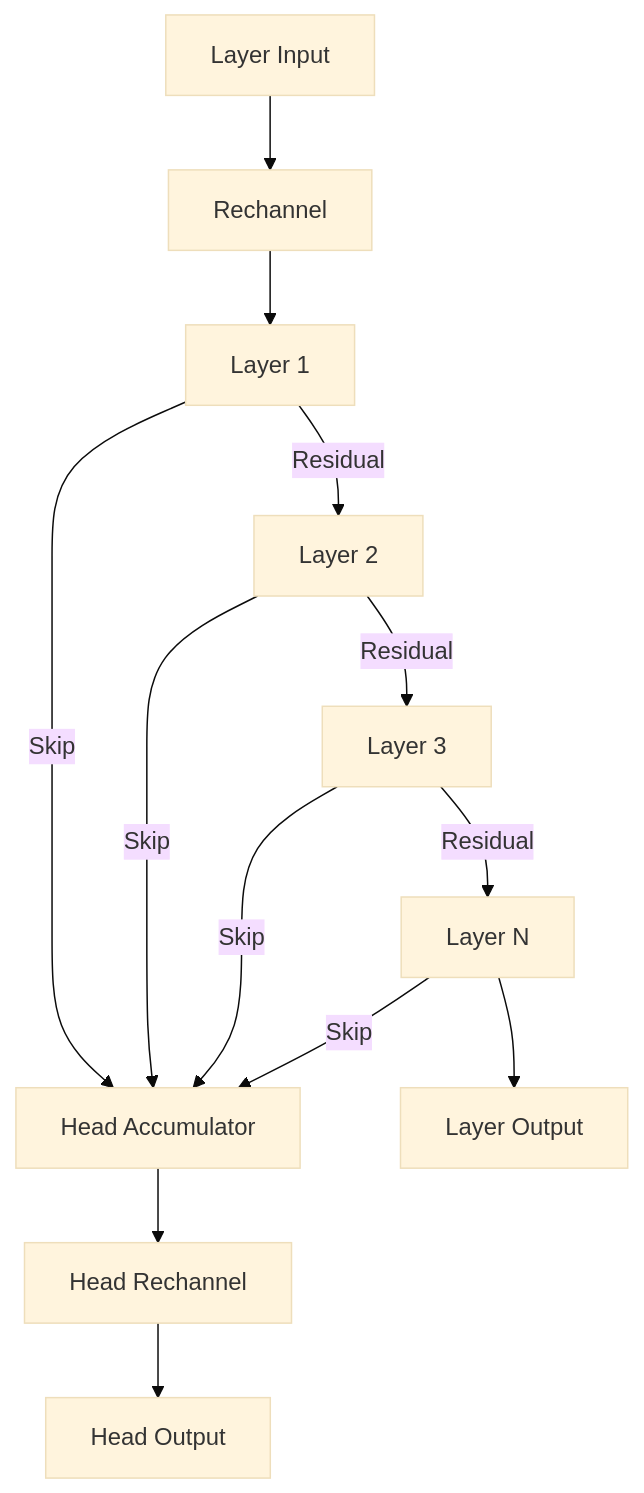
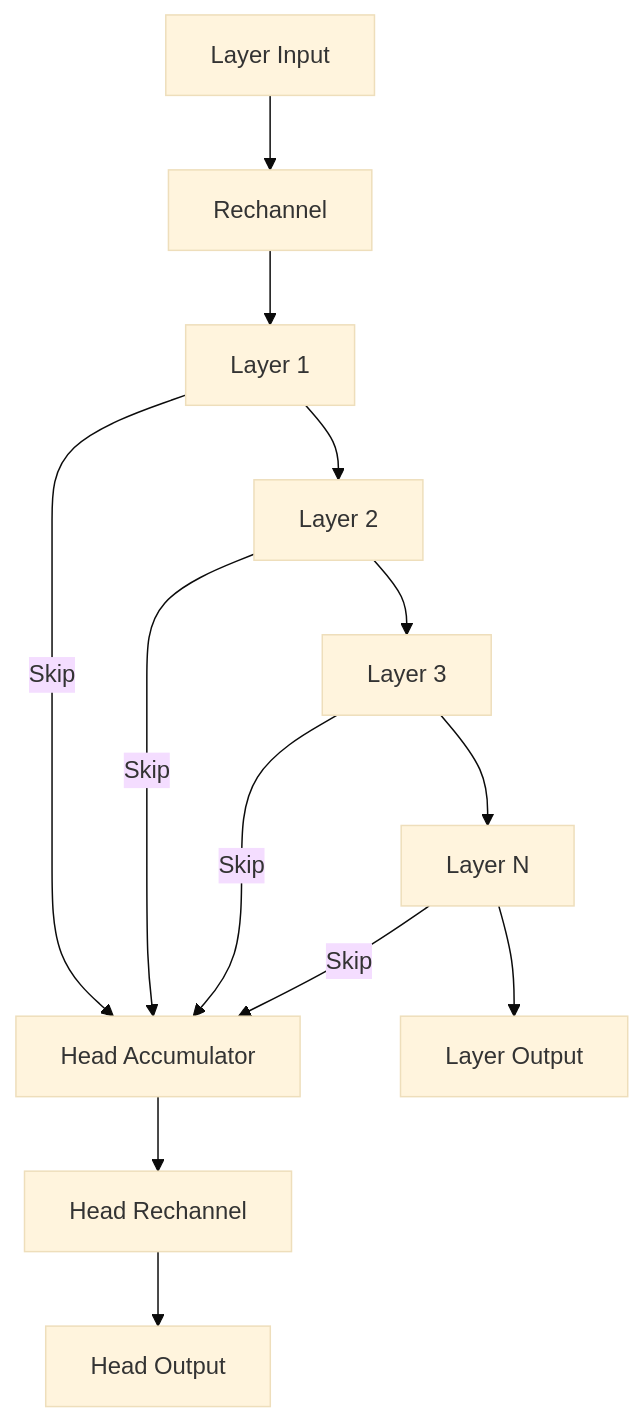
Before and after one commit to sdatkinson/NeuralAmpModelerCore: the third of 4 diagrams in docs/wavenet_walkthrough.rst, drawn with Mermaid (base theme). The commit also changed other lines of this file, not shown here.

```diff
--- a/docs/wavenet_walkthrough.rst
+++ b/docs/wavenet_walkthrough.rst
@@ -307,16 +309,16 @@
 .. mermaid::
    :caption: LayerArray Structure
 
    graph TD
        Input[Layer Input] --> Rechannel[Rechannel]
        Rechannel --> Layer1[Layer 1]
-       Layer1 -->|Residual| Layer2[Layer 2]
-       Layer2 -->|Residual| Layer3[Layer 3]
-       Layer3 -->|Residual| LayerN[Layer N]
+       Layer1 --> Layer2[Layer 2]
+       Layer2 --> Layer3[Layer 3]
+       Layer3 --> LayerN[Layer N]
        Layer1 -->|Skip| HeadAccum[Head Accumulator]
        Layer2 -->|Skip| HeadAccum
        Layer3 -->|Skip| HeadAccum
        LayerN -->|Skip| HeadAccum
        HeadAccum --> HeadRechannel[Head Rechannel]
        HeadRechannel --> HeadOut[Head Output]
        LayerN --> LayerOut[Layer Output]
```
